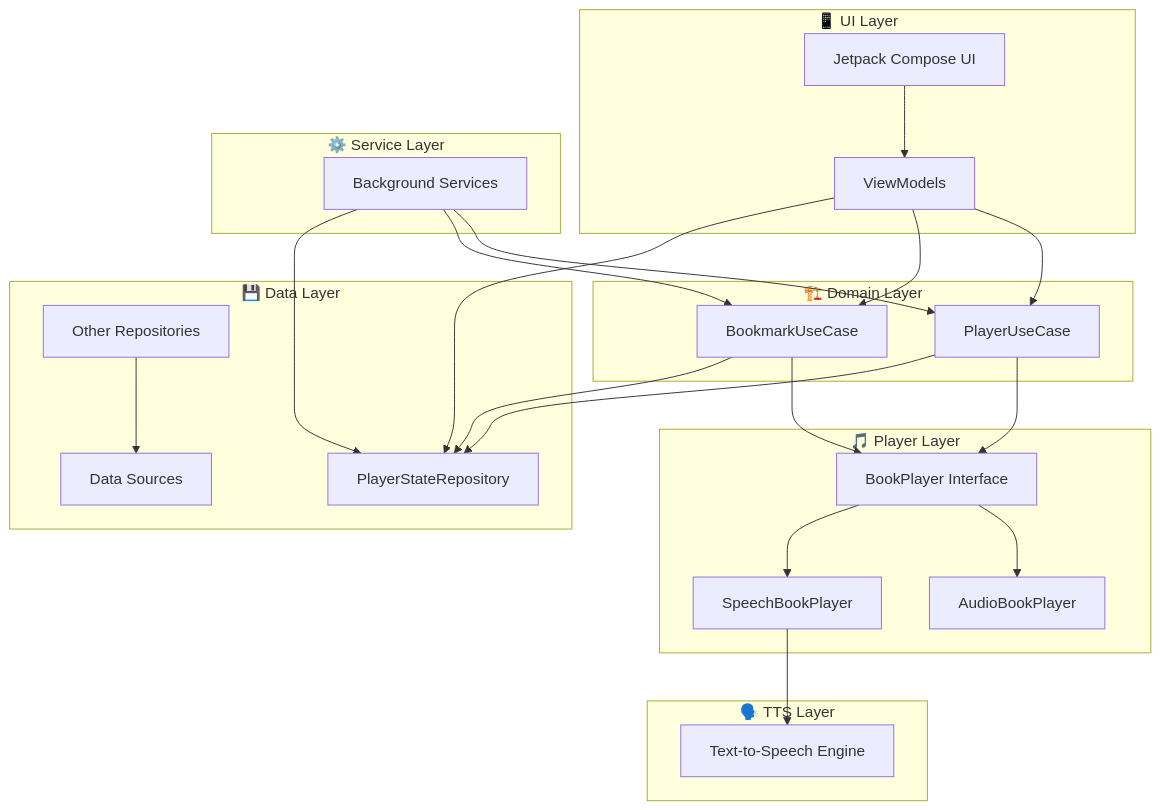
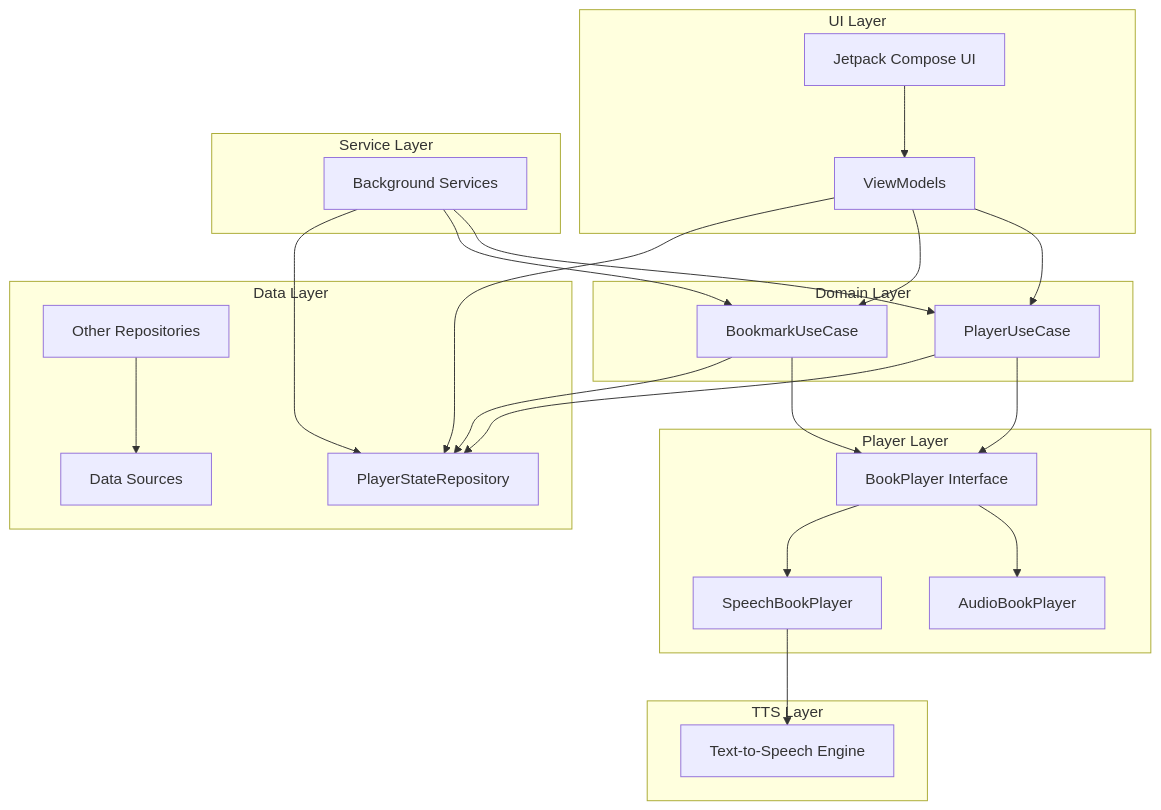
The diagram in README.md (answersolutionsapps/runandread-android), drawn with Mermaid before and after one commit. The commit also changed other lines of this file and 2 other files, not shown here.

````diff
--- a/README.md
+++ b/README.md
@@ -65,48 +60,48 @@
 ```mermaid
 graph TB
-    subgraph "📱 UI Layer"
+    subgraph "UI Layer"
         UI[Jetpack Compose UI]
         VM[ViewModels]
     end
 
-    subgraph "🏗️ Domain Layer"
+    subgraph "Domain Layer"
         PUC[PlayerUseCase]
         BUC[BookmarkUseCase]
     end
 
-    subgraph "🎵 Player Layer"
+    subgraph "Player Layer"
         BP[BookPlayer Interface]
         ABP[AudioBookPlayer]
         SBP[SpeechBookPlayer]
     end
 
-    subgraph "🗣️ TTS Layer"
+    subgraph "TTS Layer"
         TTS[Text-to-Speech Engine]
     end
 
-    subgraph "💾 Data Layer"
+    subgraph "Data Layer"
         PSR[PlayerStateRepository]
         REPO[Other Repositories]
         DS[Data Sources]
     end
 
-    subgraph "⚙️ Service Layer"
+    subgraph "Service Layer"
         PS[Background Services]
     end
 
     UI --> VM
     VM --> PUC
     VM --> BUC
     VM --> PSR
     PS --> PUC
     PS --> BUC
     PS --> PSR
     PUC --> BP
     BUC --> BP
     PUC --> PSR
     BUC --> PSR
     BP --> ABP
     BP --> SBP
     SBP --> TTS
     REPO --> DS
 ```
````
